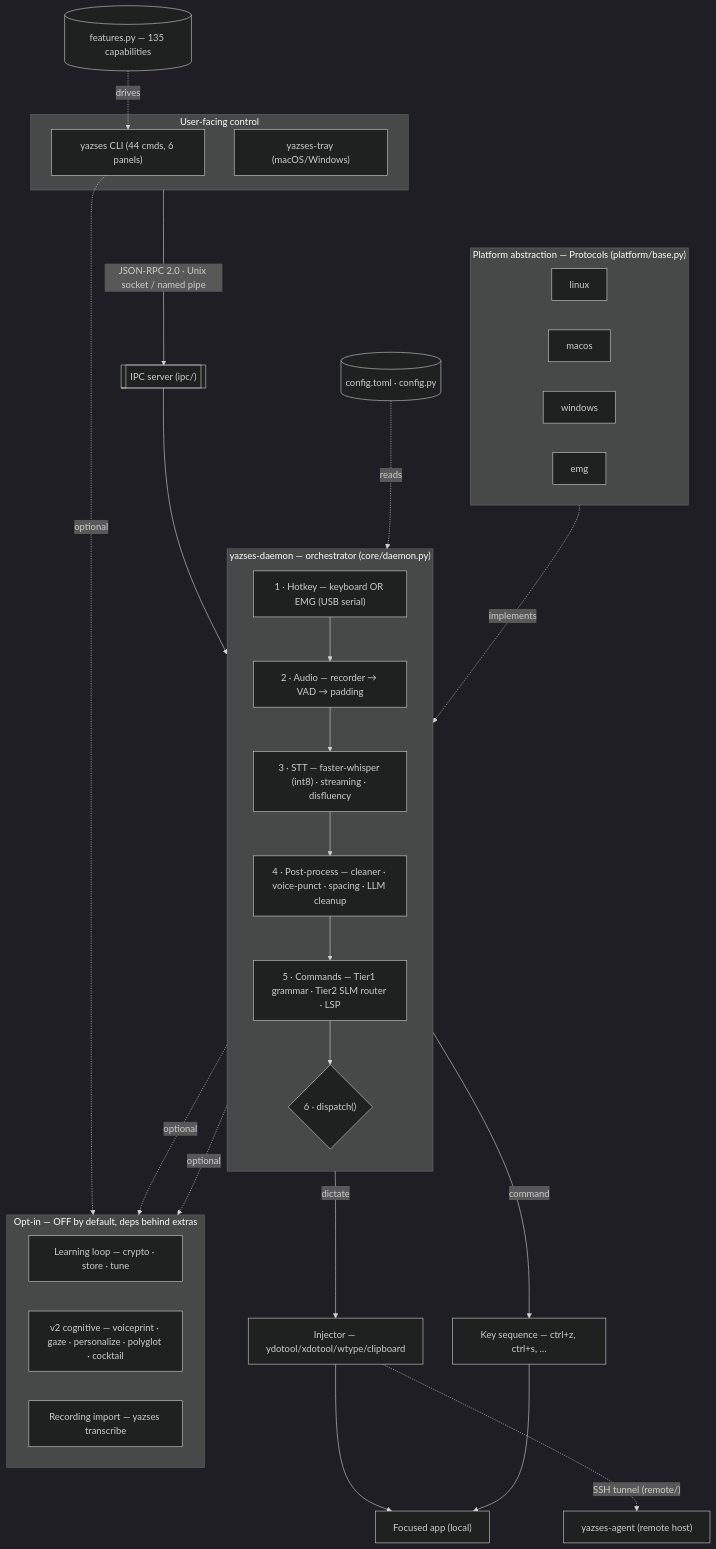
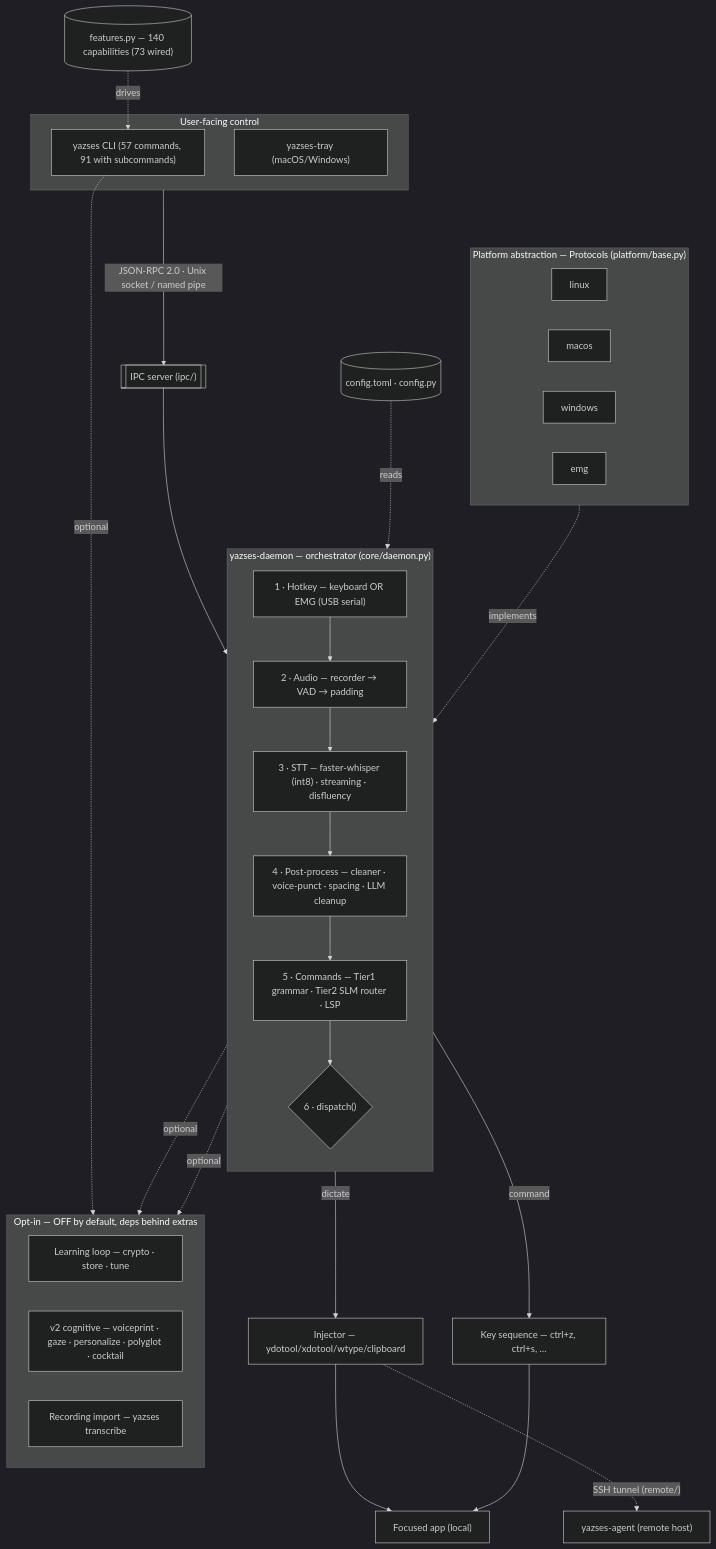
One commit to MSKazemi/yazses changed the diagram in docs/diagrams/index.md. Above: the diagram before and after it, drawn with Mermaid (dark theme). The commit also changed 12 other files, not shown here.

First line of the commit message:
docs(architecture): rebuild the page around five generated figures

````diff
--- a/docs/diagrams/index.md
+++ b/docs/diagrams/index.md
@@ -22,50 +22,50 @@
 ```mermaid
 flowchart TB
   subgraph UI["User-facing control"]
-    CLI["yazses CLI (44 cmds, 6 panels)"]
+    CLI["yazses CLI (57 commands, 91 with subcommands)"]
     TRAY["yazses-tray (macOS/Windows)"]
   end
   UI -->|"JSON-RPC 2.0 · Unix socket / named pipe"| IPC[["IPC server (ipc/)"]]
   IPC --> DAEMON
 
   subgraph DAEMON["yazses-daemon — orchestrator (core/daemon.py)"]
     direction TB
     HK["1 · Hotkey — keyboard OR EMG (USB serial)"]
     AUD["2 · Audio — recorder → VAD → padding"]
     STT["3 · STT — faster-whisper (int8) · streaming · disfluency"]
     PP["4 · Post-process — cleaner · voice-punct · spacing · LLM cleanup"]
     CMD["5 · Commands — Tier1 grammar · Tier2 SLM router · LSP"]
     DIS{"6 · dispatch()"}
     HK --> AUD --> STT --> PP --> CMD --> DIS
   end
 
   CFG[("config.toml · config.py")]
-  FEAT[("features.py — 135 capabilities")]
+  FEAT[("features.py — 140 capabilities (73 wired)")]
   CFG -. reads .-> DAEMON
   FEAT -. drives .-> CLI
 
   DIS -->|dictate| INJ["Injector — ydotool/xdotool/wtype/clipboard"]
   DIS -->|command| KEYS["Key sequence — ctrl+z, ctrl+s, …"]
   INJ --> APP["Focused app (local)"]
   KEYS --> APP
   INJ -. "SSH tunnel (remote/)" .-> AGENT["yazses-agent (remote host)"]
 
   subgraph PLAT["Platform abstraction — Protocols (platform/base.py)"]
     direction LR
     LNX["linux"]
     MAC["macos"]
     WIN["windows"]
     EMG["emg"]
   end
   PLAT -. implements .-> DAEMON
 
   subgraph OPT["Opt-in — OFF by default, deps behind extras"]
     direction LR
     LEARN["Learning loop — crypto · store · tune"]
     V2["v2 cognitive — voiceprint · gaze · personalize · polyglot · cocktail"]
     RECIMP["Recording import — yazses transcribe"]
   end
   DAEMON -. optional .-> LEARN
   DAEMON -. optional .-> V2
   CLI -. optional .-> RECIMP
 ```
````
